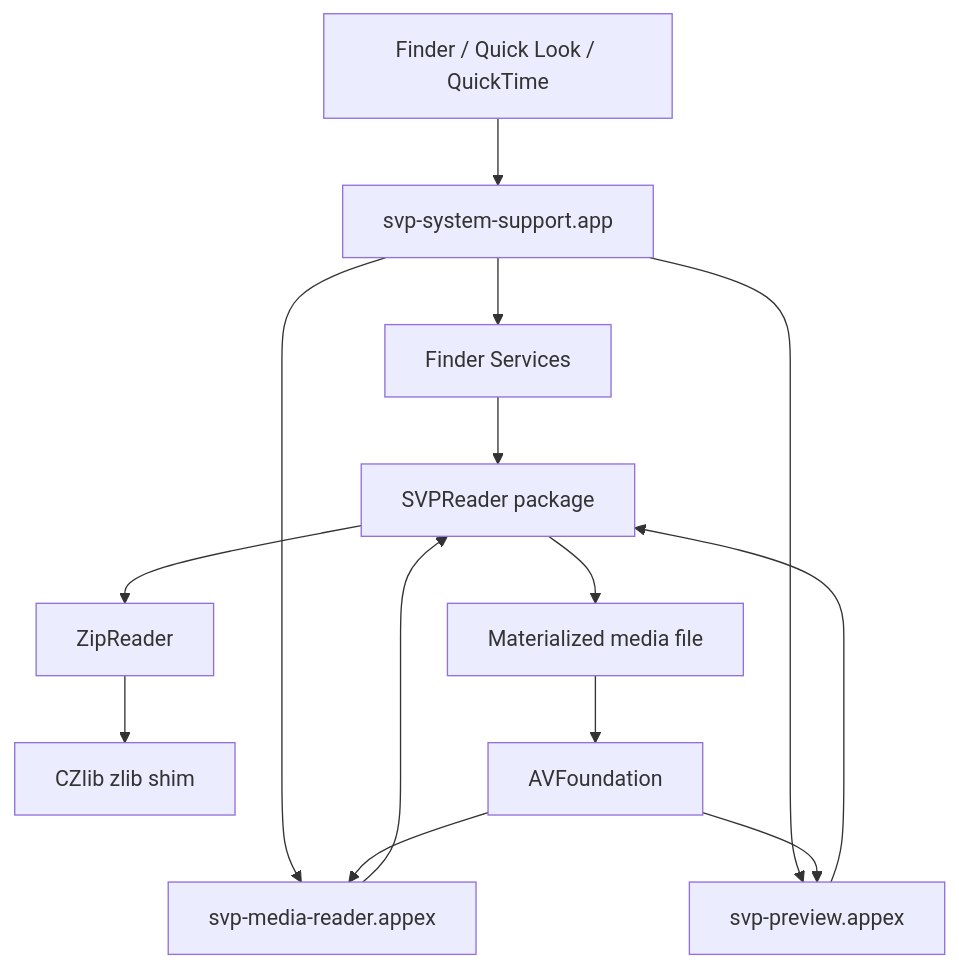
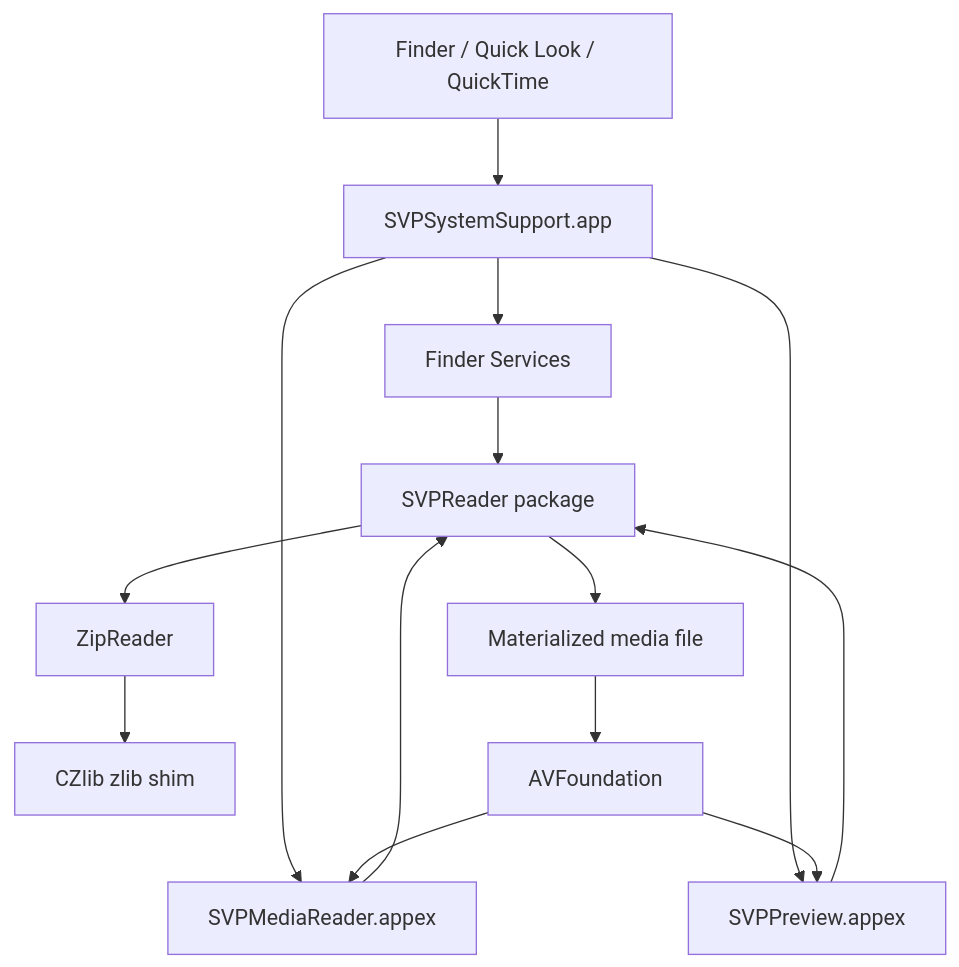
The diagram in README.md (semanticvideo/svp-macos), drawn with Mermaid before and after one commit. The commit also changed other lines of this file, not shown here.

````diff
--- a/README.md
+++ b/README.md
@@ -71,16 +71,16 @@
 ```mermaid
 flowchart TD
-    Finder["Finder / Quick Look / QuickTime"] --> HostApp["svp-system-support.app"]
+    Finder["Finder / Quick Look / QuickTime"] --> HostApp["SVPSystemSupport.app"]
     HostApp --> Services["Finder Services"]
-    HostApp --> Preview["svp-preview.appex"]
-    HostApp --> MediaExtension["svp-media-reader.appex"]
+    HostApp --> Preview["SVPPreview.appex"]
+    HostApp --> MediaExtension["SVPMediaReader.appex"]
     Services --> Reader["SVPReader package"]
     Preview --> Reader
     MediaExtension --> Reader
     Reader --> ZipReader["ZipReader"]
     ZipReader --> CZlib["CZlib zlib shim"]
     Reader --> TempMedia["Materialized media file"]
     TempMedia --> AVFoundation["AVFoundation"]
     AVFoundation --> MediaExtension
     AVFoundation --> Preview
 ```
````
